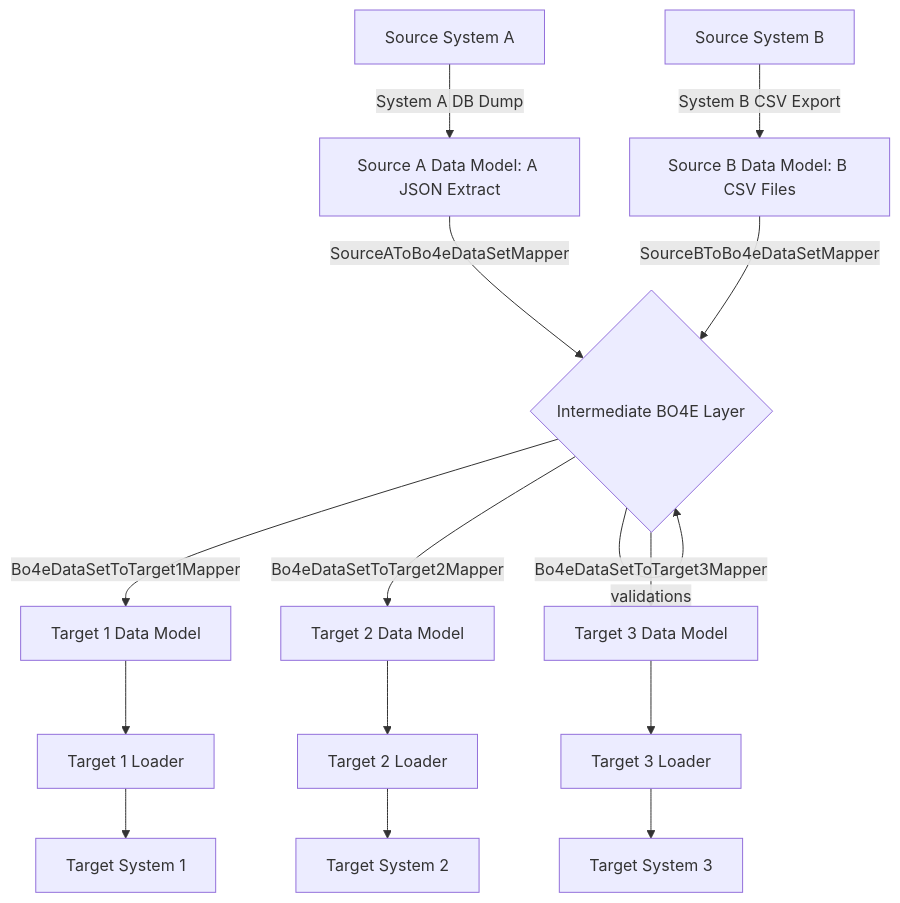
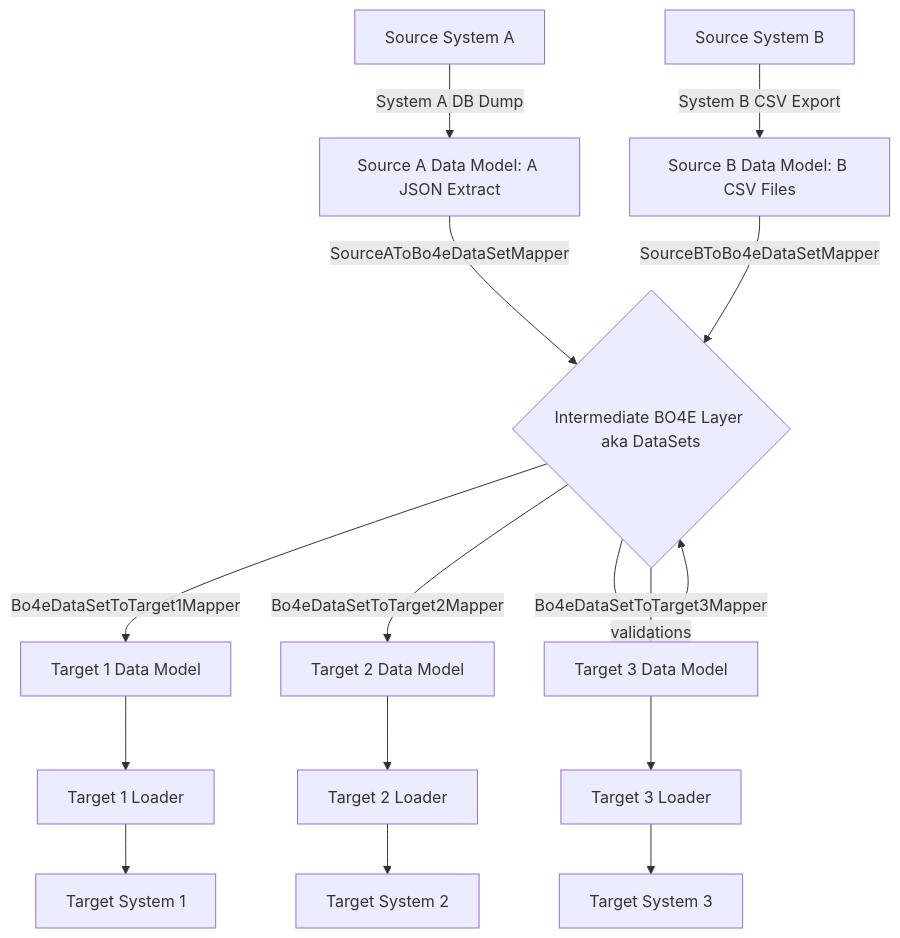
One commit to Hochfrequenz/bo4e_migration_framework changed the first of 2 diagrams in README.md. Above: the diagram before and after it, drawn with Mermaid. The commit also changed other lines of this file, not shown here.

Commit message:
📝Improve Readme on Intermediate BO4E Layer (Datasets) (#21)

````diff
--- a/README.md
+++ b/README.md
@@ -27,17 +27,17 @@
 ```mermaid
 graph TD
     A[Source System A] -->|System A DB Dump| A2[Source A Data Model: A JSON Extract]
     B[Source System B] -->|System B CSV Export| B2[Source B Data Model: B CSV Files]
-    A2 -->|SourceAToBo4eDataSetMapper| C{Intermediate BO4E Layer}
+    A2 -->|SourceAToBo4eDataSetMapper| C{Intermediate BO4E Layer aka DataSets}
     B2 -->|SourceBToBo4eDataSetMapper| C
     C -->|validations| C
     C -->|Bo4eDataSetToTarget1Mapper| D1[Target 1 Data Model]
     C -->|Bo4eDataSetToTarget2Mapper| D2[Target 2 Data Model]
     C -->|Bo4eDataSetToTarget3Mapper| D3[Target 3 Data Model]
     D1 -->L1[Target 1 Loader]
     D2 -->L2[Target 2 Loader]
     D3 -->L3[Target 3 Loader]
     L1 -->M1[Target System 1]
     L2 -->M2[Target System 2]
     L3 -->M3[Target System 3]
 ```
````
